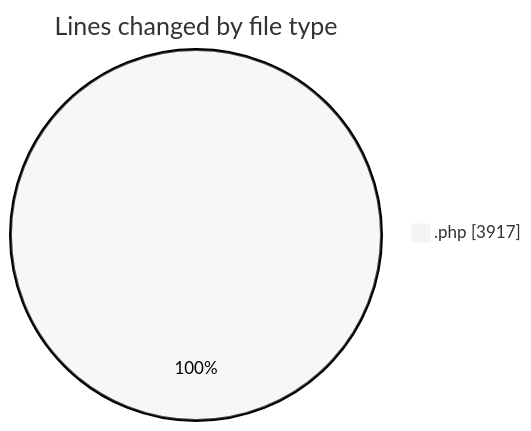
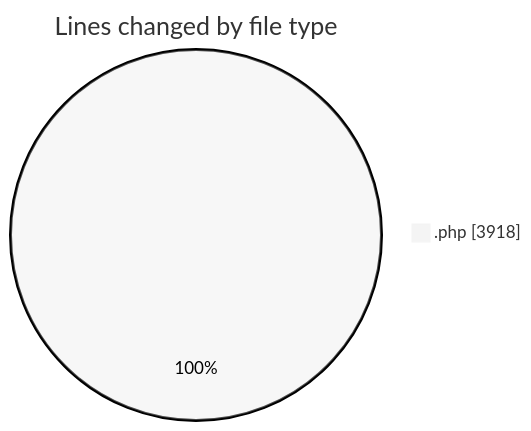
The first of 2 diagrams in 2025-10-20/untitled__workspace_/README.md (debugP/code-tracking), drawn with Mermaid (neutral theme) before and after one commit. The commit also changed other lines of this file and 1 other file, not shown here.

````diff
--- a/2025-10-20/untitled__workspace_/README.md
+++ b/2025-10-20/untitled__workspace_/README.md
@@ -22,5 +22,5 @@
 ```mermaid
 pie showData
 title Lines changed by file type
-".php" : 3917
+".php" : 3918
 ```
````
